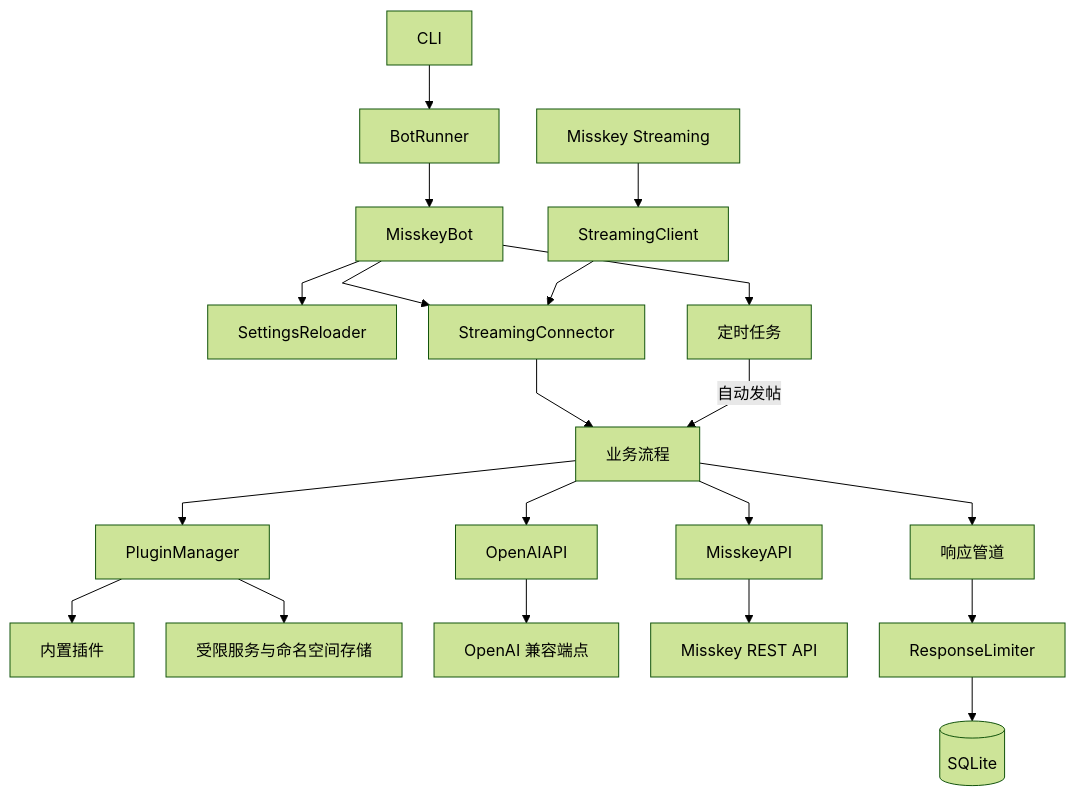
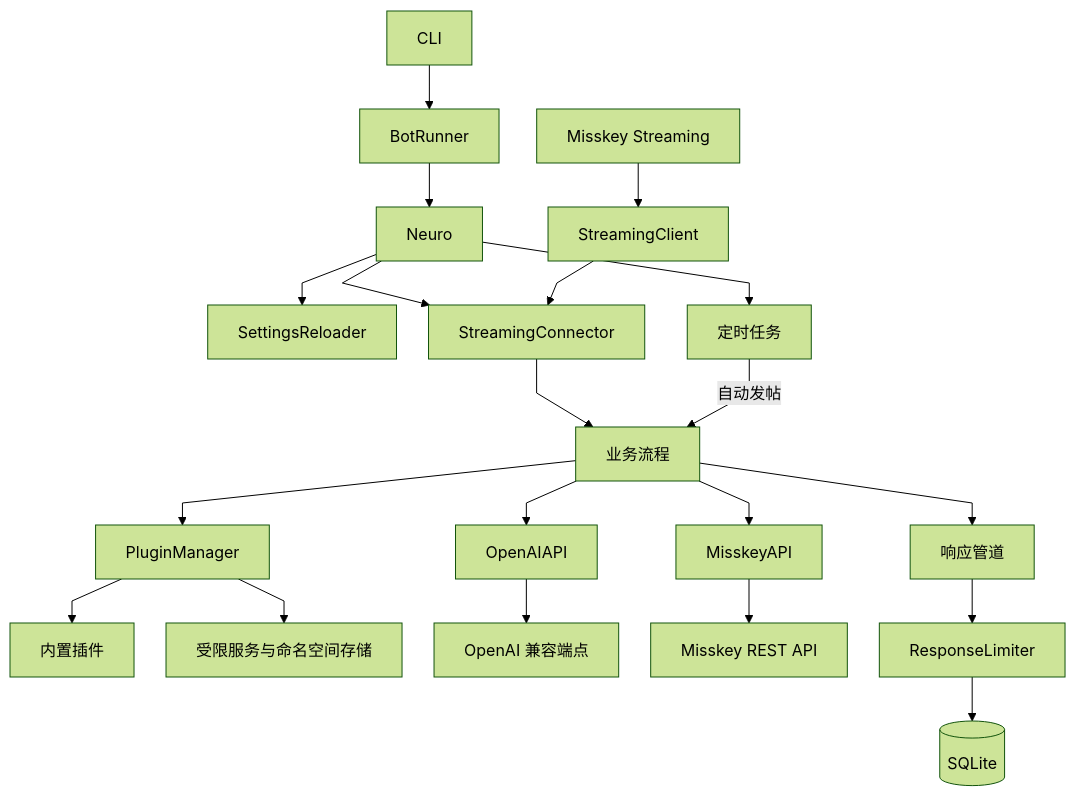
Before and after one commit to oreeke/twipsybot: the diagram in docs/dev-guide/architecture.md, drawn with Mermaid (forest theme). The commit also changed other lines of this file and 18 other files, not shown here.

````diff
--- a/docs/dev-guide/architecture.md
+++ b/docs/dev-guide/architecture.md
@@ -14,28 +14,28 @@
 ```mermaid
 %%{init: {"flowchart": {"curve": "linear", "nodeSpacing": 32, "rankSpacing": 44}}}%%
 flowchart TB
 	CLI[CLI] --> Runner[BotRunner]
-	Runner --> Core[MisskeyBot]
+	Runner --> Core[Neuro]
 	Core --> Reloader[SettingsReloader]
 
 	Core --> Connector[StreamingConnector]
 	MisskeyStream[Misskey Streaming] --> Streaming[StreamingClient]
 	Streaming --> Connector
 	Connector --> Flows[业务流程]
 
 	Core --> Scheduler[定时任务]
 	Scheduler -->|自动发帖| Flows
 
 	Flows --> Plugins[PluginManager]
 	Plugins --> Builtins[内置插件]
 	Plugins --> Services[受限服务与命名空间存储]
 
 	Flows --> OpenAI[OpenAIAPI]
 	OpenAI --> Endpoint[OpenAI 兼容端点]
 
 	Flows --> Pipeline[响应管道]
 	Flows --> MisskeyAPI[MisskeyAPI]
 	MisskeyAPI --> MisskeyREST[Misskey REST API]
 	Pipeline --> Limiter[ResponseLimiter]
 	Limiter --> SQLite[(SQLite)]
 ```
````
